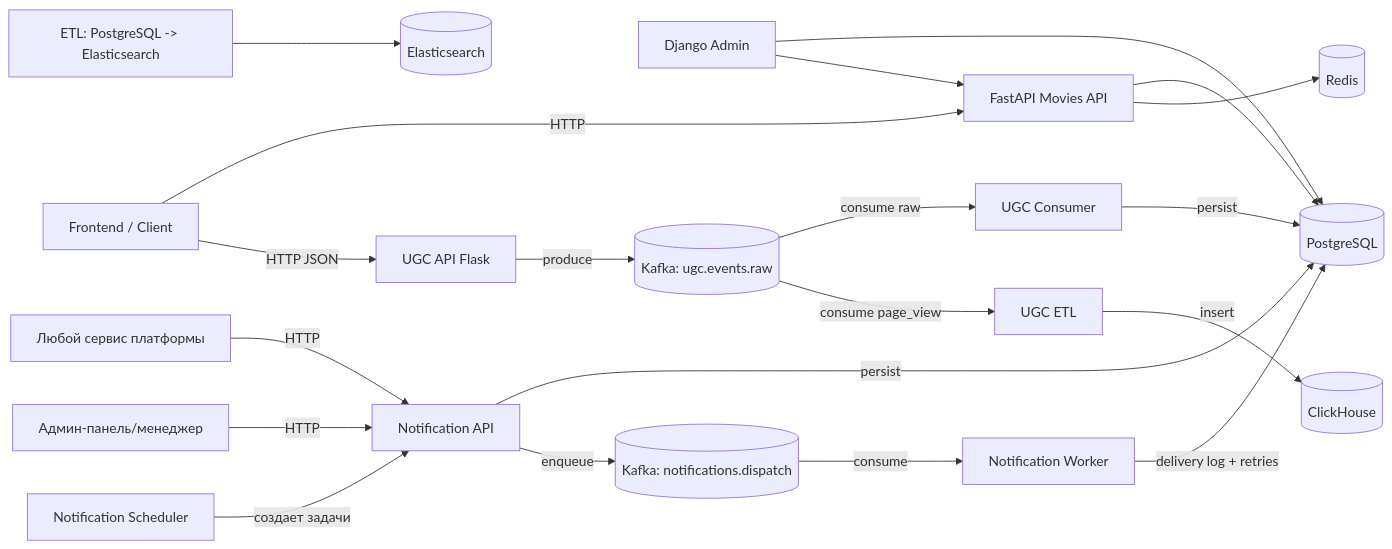
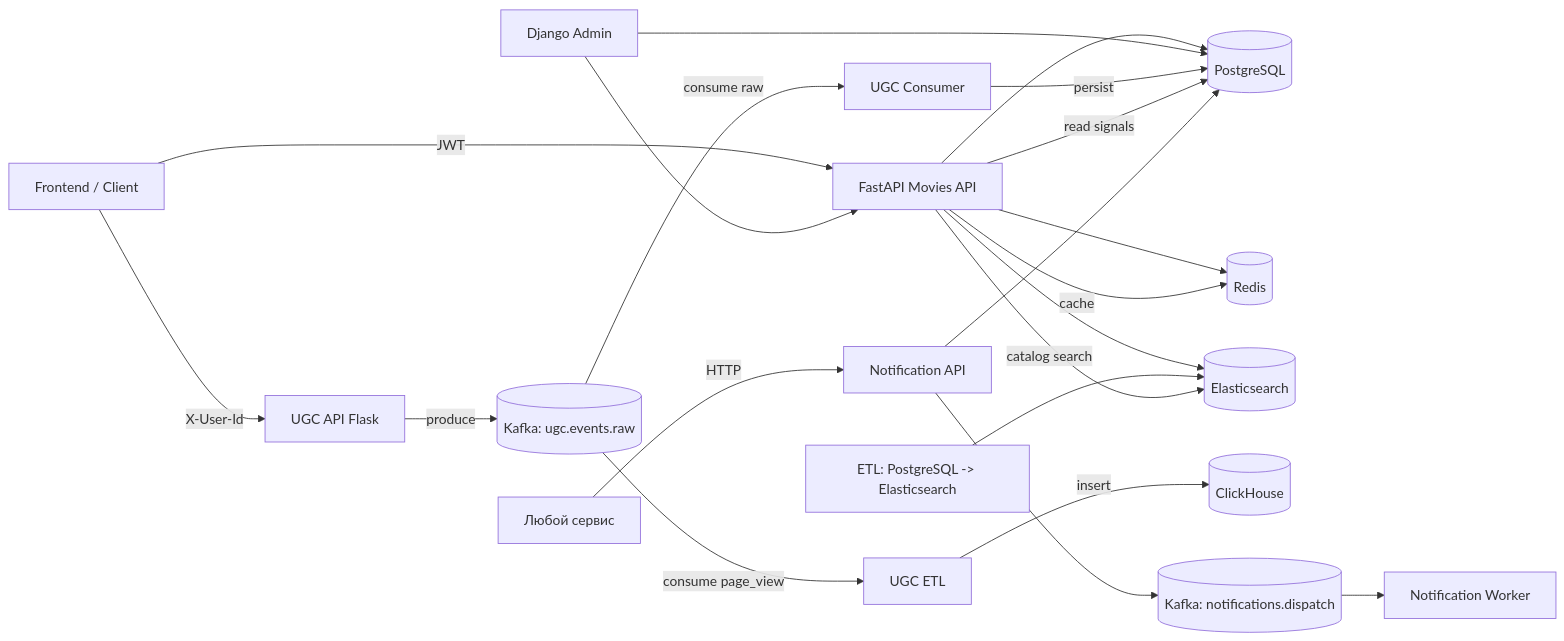
One commit to waynje/graduate_work changed the diagram in README.md. Above: the diagram before and after it, drawn with Mermaid. The commit also changed other lines of this file and 16 other files, not shown here.

````diff
--- a/README.md
+++ b/README.md
@@ -25,24 +27,26 @@
 ```mermaid
 flowchart LR
-    CLIENT[Frontend / Client] -->|HTTP| FASTAPI[FastAPI Movies API]
+    CLIENT[Frontend / Client] -->|JWT| FASTAPI[FastAPI Movies API]
     FASTAPI --> PG[(PostgreSQL)]
     FASTAPI --> REDIS[(Redis)]
-    ETL_PG[ETL: PostgreSQL -> Elasticsearch] --> ES[(Elasticsearch)]
+    FASTAPI --> ES[(Elasticsearch)]
+    ETL_PG[ETL: PostgreSQL -> Elasticsearch] --> ES
     DJANGO[Django Admin] --> PG
     DJANGO --> FASTAPI
 
-    CLIENT -->|HTTP JSON| UGC_API[UGC API Flask]
+    CLIENT -->|X-User-Id| UGC_API[UGC API Flask]
     UGC_API -->|produce| KAFKA[(Kafka: ugc.events.raw)]
     KAFKA -->|consume raw| UGC_CONSUMER[UGC Consumer]
     UGC_CONSUMER -->|persist| PG
     KAFKA -->|consume page_view| UGC_ETL[UGC ETL]
     UGC_ETL -->|insert| CH[(ClickHouse)]
 
-    ANY[Любой сервис платформы] -->|HTTP| NOTIFY_API[Notification API]
-    ADMIN[Админ-панель/менеджер] -->|HTTP| NOTIFY_API
-    NOTIFY_SCHED[Notification Scheduler] -->|создает задачи| NOTIFY_API
-    NOTIFY_API -->|persist| PG
-    NOTIFY_API -->|enqueue| KAFKA_NOTIFY[(Kafka: notifications.dispatch)]
-    KAFKA_NOTIFY -->|consume| NOTIFY_WORKER[Notification Worker]
-    NOTIFY_WORKER -->|delivery log + retries| PG
+    FASTAPI -->|read signals| PG
+    FASTAPI -->|catalog search| ES
+    FASTAPI -->|cache| REDIS
+
+    ANY[Любой сервис] -->|HTTP| NOTIFY_API[Notification API]
+    NOTIFY_API --> PG
+    NOTIFY_API --> KAFKA_NOTIFY[(Kafka: notifications.dispatch)]
+    KAFKA_NOTIFY --> NOTIFY_WORKER[Notification Worker]
 ```
````
